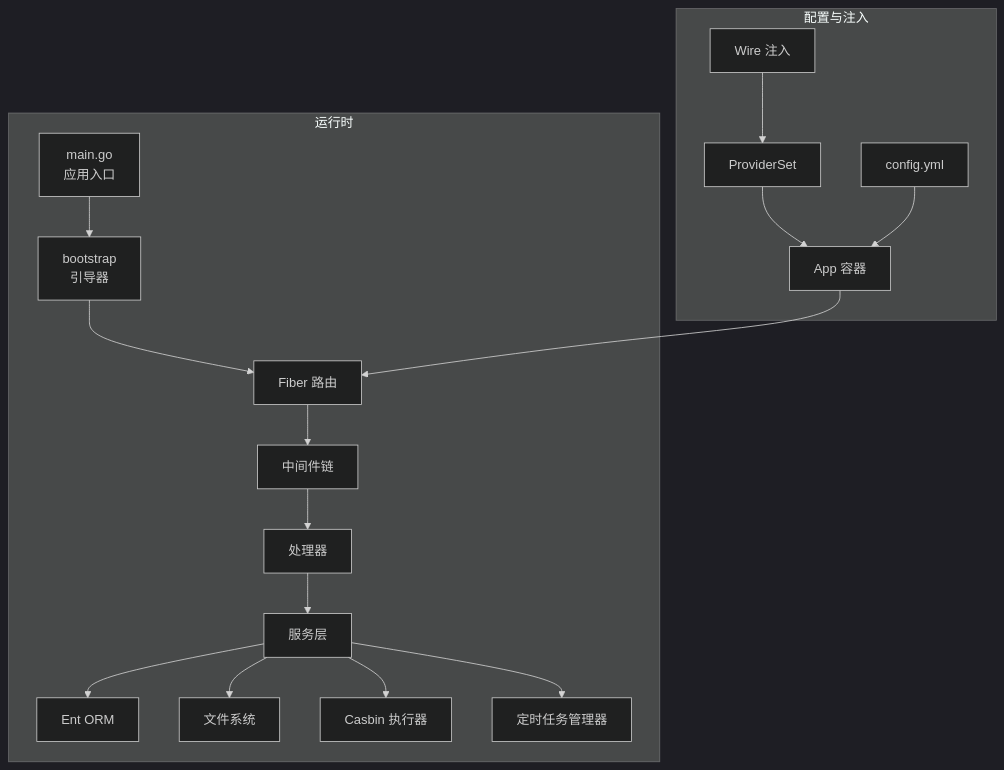
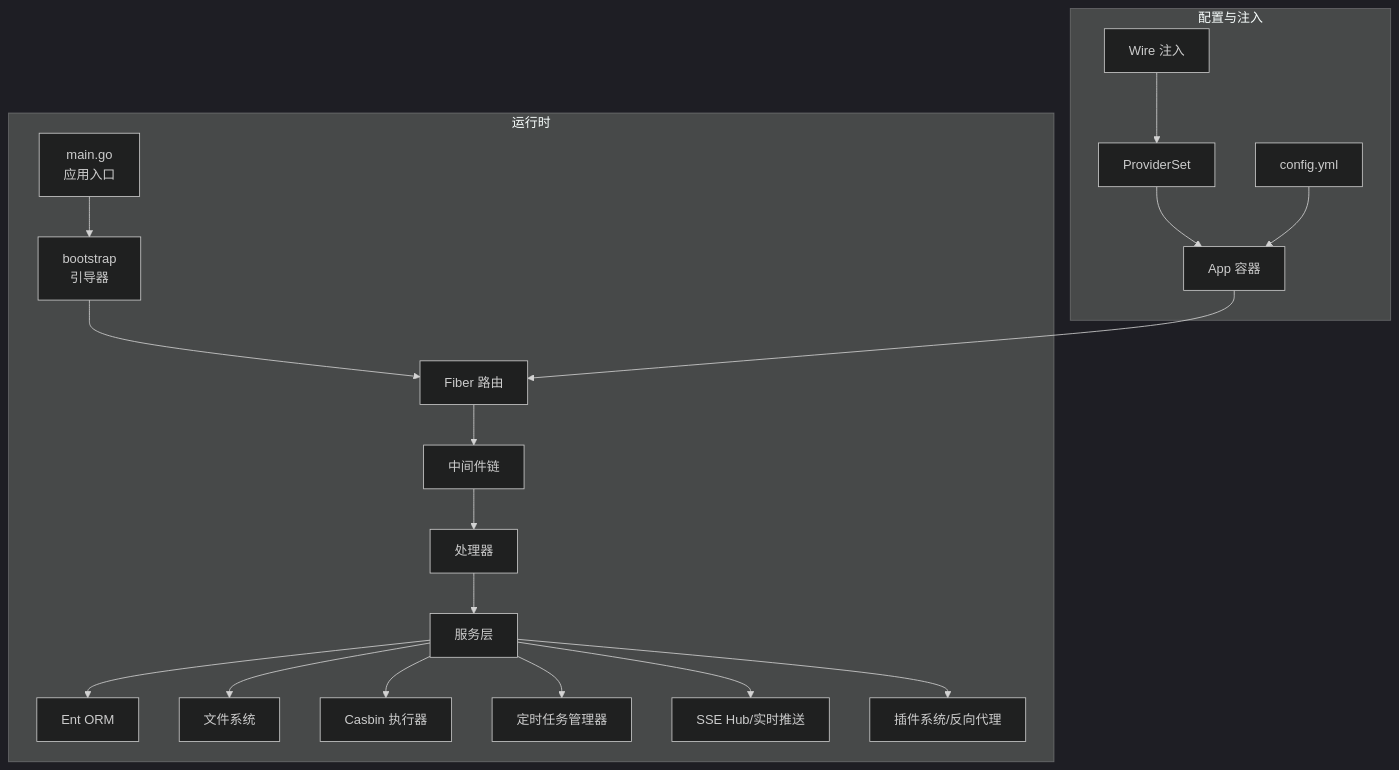
Before and after one commit to wuwuseo/e-sports-go-admin: the second of 8 diagrams in .qoder/repowiki/zh/content/项目概述/项目概述.md, drawn with Mermaid (dark theme). The commit also changed other lines of this file and 42 other files, not shown here.

````diff
--- a/.qoder/repowiki/zh/content/项目概述/项目概述.md
+++ b/.qoder/repowiki/zh/content/项目概述/项目概述.md
@@ -105,20 +114,22 @@
 ```mermaid
 graph TB
 subgraph "运行时"
 M["main.go<br/>应用入口"] --> B["bootstrap<br/>引导器"]
 B --> R["Fiber 路由"]
 R --> MW["中间件链"]
 MW --> H["处理器"]
 H --> S["服务层"]
 S --> DB["Ent ORM"]
 S --> FS["文件系统"]
 S --> CB["Casbin 执行器"]
 S --> CR["定时任务管理器"]
+S --> SSE["SSE Hub/实时推送"]
+S --> PLUGIN["插件系统/反向代理"]
 end
 subgraph "配置与注入"
 W["Wire 注入"] --> P["ProviderSet"]
 P --> A["App 容器"]
 CFG["config.yml"] --> A
 end
 A --> R
 ```
````
